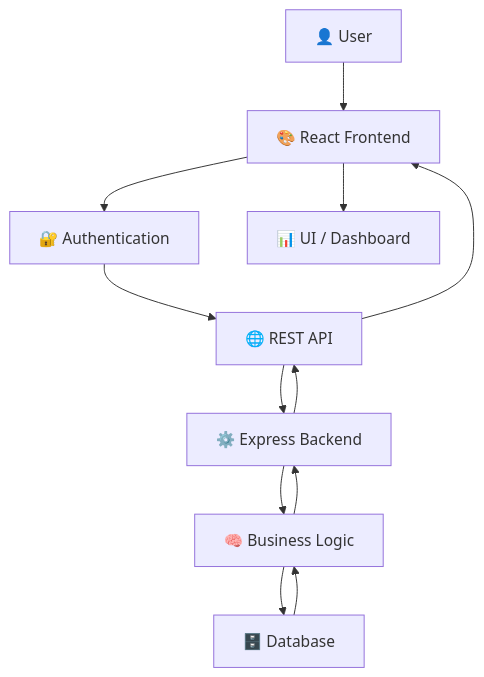
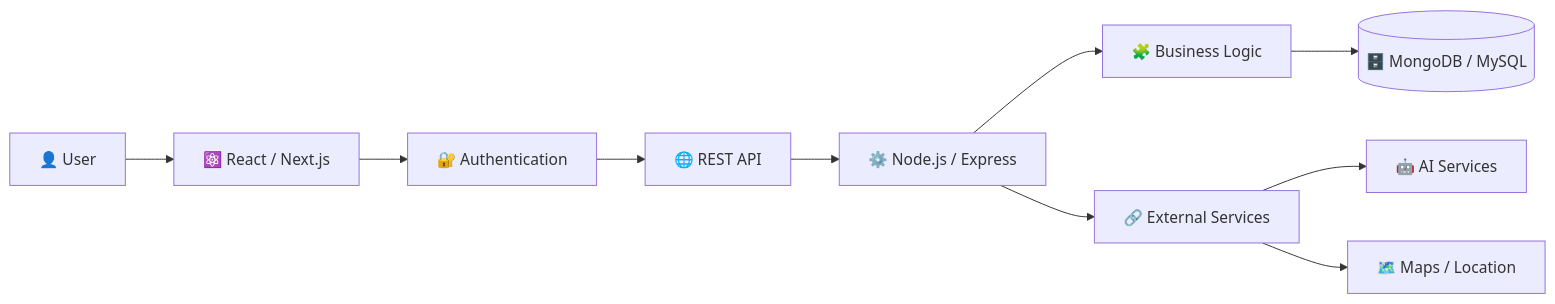
One commit to Jathugulan/Jathugulan changed the diagram in README.md. Above: the diagram before and after it, drawn with Mermaid. The commit also changed other lines of this file, not shown here.

````diff
--- a/README.md
+++ b/README.md
@@ -412,14 +246,33 @@
 ```mermaid
-flowchart TD
-    A[👤 User] --> B[🎨 React Frontend]
-    B --> C[🔐 Authentication]
-    C --> D[🌐 REST API]
-    D --> E[⚙️ Express Backend]
-    E --> F[🧠 Business Logic]
-    F --> G[🗄️ Database]
-    G --> F
-    F --> E
-    E --> D
-    D --> B
-    B --> H[📊 UI / Dashboard]
+flowchart LR
+
+    USER[👤 User]
+
+    UI[⚛️ React / Next.js]
+
+    AUTH[🔐 Authentication]
+
+    API[🌐 REST API]
+
+    SERVER[⚙️ Node.js / Express]
+
+    LOGIC[🧩 Business Logic]
+
+    DB[(🗄️ MongoDB / MySQL)]
+
+    SERVICES[🔗 External Services]
+
+    AI[🤖 AI Services]
+
+    MAPS[🗺️ Maps / Location]
+
+    USER --> UI
+    UI --> AUTH
+    AUTH --> API
+    API --> SERVER
+    SERVER --> LOGIC
+    LOGIC --> DB
+    SERVER --> SERVICES
+    SERVICES --> AI
+    SERVICES --> MAPS
 ```
````
